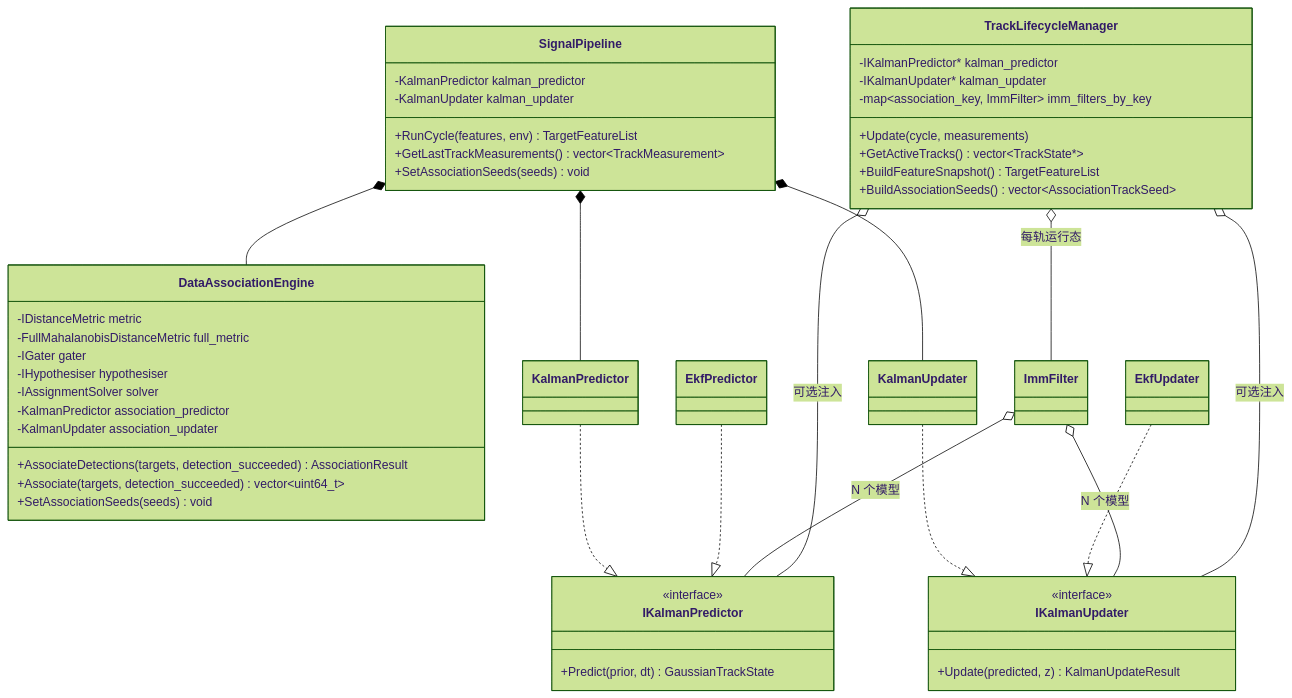
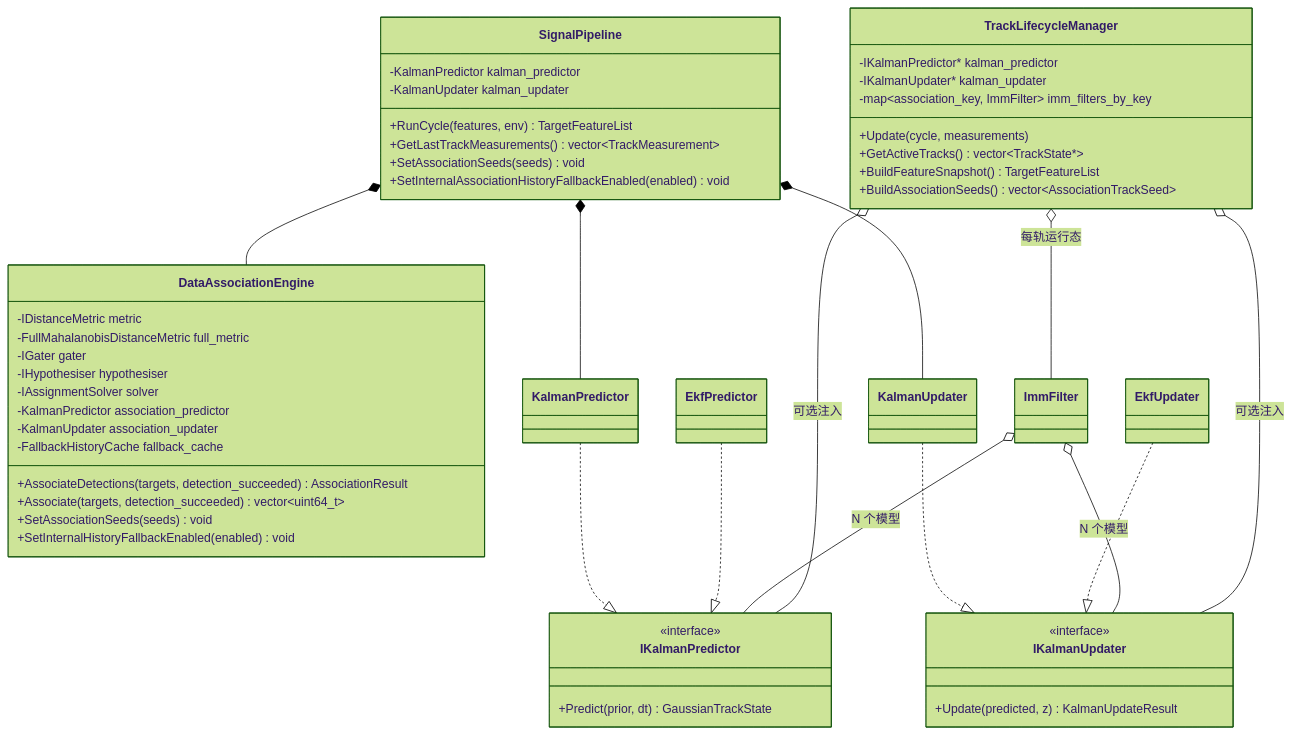
The sixth of 8 diagrams in doc/architecture/signal/signal-architecture.md (boilwater-3/1q), drawn with Mermaid (forest theme) before and after one commit. The commit also changed other lines of this file and 5 other files, not shown here.

````diff
--- a/doc/architecture/signal/signal-architecture.md
+++ b/doc/architecture/signal/signal-architecture.md
@@ -351,57 +355,60 @@
 ```mermaid
 classDiagram
     class SignalPipeline {
         +RunCycle(features, env) TargetFeatureList
         +GetLastTrackMeasurements() vector~TrackMeasurement~
         +SetAssociationSeeds(seeds) void
+        +SetInternalAssociationHistoryFallbackEnabled(enabled) void
         -KalmanPredictor kalman_predictor
         -KalmanUpdater kalman_updater
     }
 
     class DataAssociationEngine {
         +AssociateDetections(targets, detection_succeeded) AssociationResult
         +Associate(targets, detection_succeeded) vector~uint64_t~
         +SetAssociationSeeds(seeds) void
+        +SetInternalHistoryFallbackEnabled(enabled) void
         -IDistanceMetric metric
         -FullMahalanobisDistanceMetric full_metric
         -IGater gater
         -IHypothesiser hypothesiser
         -IAssignmentSolver solver
         -KalmanPredictor association_predictor
         -KalmanUpdater association_updater
+        -FallbackHistoryCache fallback_cache
     }
 
     class TrackLifecycleManager {
         +Update(cycle, measurements)
         +GetActiveTracks() vector~TrackState*~
         +BuildFeatureSnapshot() TargetFeatureList
         +BuildAssociationSeeds() vector~AssociationTrackSeed~
         -IKalmanPredictor* kalman_predictor
         -IKalmanUpdater* kalman_updater
         -map~association_key, ImmFilter~ imm_filters_by_key
     }
 
     class IKalmanPredictor {
         <<interface>>
         +Predict(prior, dt) GaussianTrackState
     }
 
     class IKalmanUpdater {
         <<interface>>
         +Update(predicted, z) KalmanUpdateResult
     }
 
     KalmanPredictor ..|> IKalmanPredictor
     EkfPredictor ..|> IKalmanPredictor
     KalmanUpdater ..|> IKalmanUpdater
     EkfUpdater ..|> IKalmanUpdater
 
     ImmFilter o-- IKalmanPredictor : N 个模型
     ImmFilter o-- IKalmanUpdater : N 个模型
     TrackLifecycleManager o-- ImmFilter : 每轨运行态
     TrackLifecycleManager o-- IKalmanPredictor : 可选注入
     TrackLifecycleManager o-- IKalmanUpdater : 可选注入
     SignalPipeline *-- DataAssociationEngine
     SignalPipeline *-- KalmanPredictor
     SignalPipeline *-- KalmanUpdater
 ```
````
